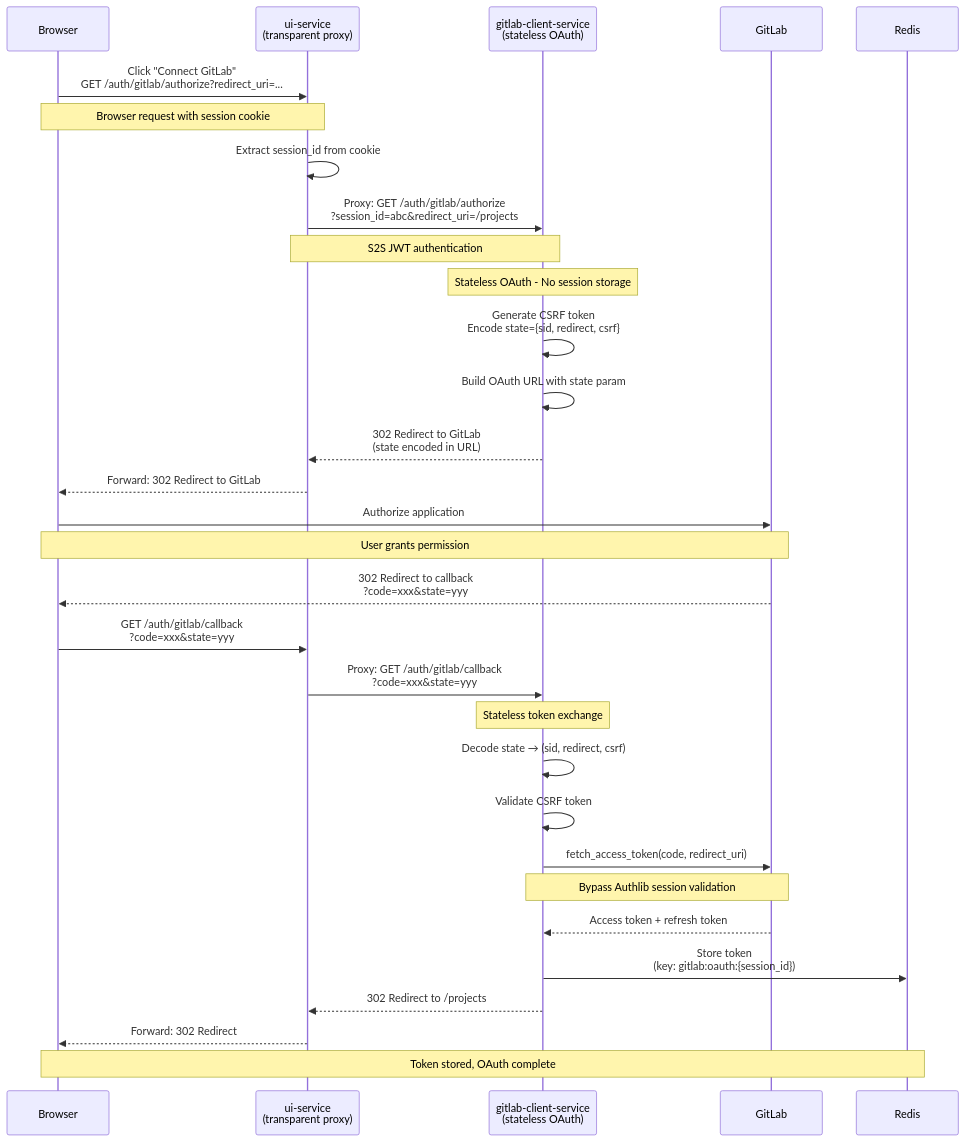
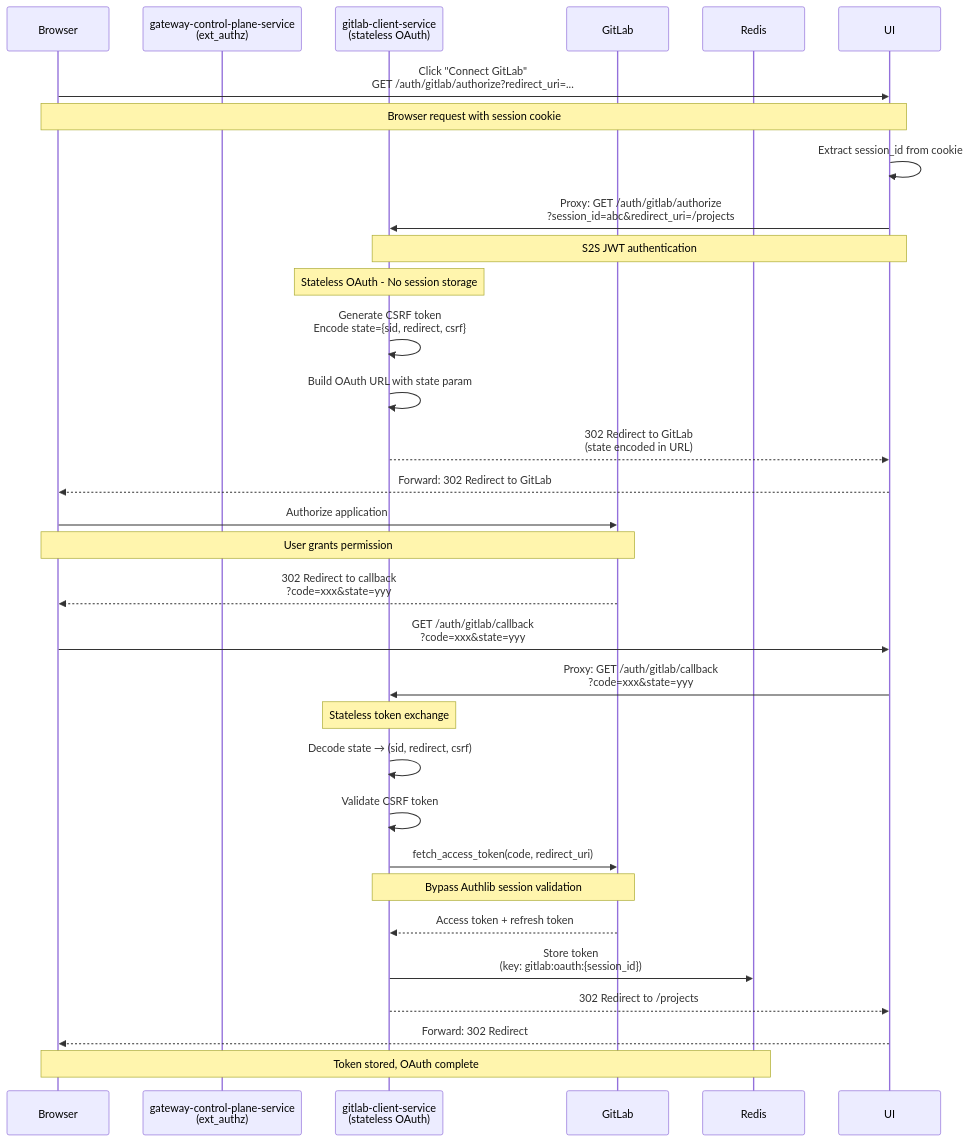
The second of 6 diagrams in git-epic-creator/services/gitlab_client_service/README.md (vladavilov/playground), drawn with Mermaid before and after one commit. The commit also changed other lines of this file and 189 other files, not shown here.

````diff
--- a/git-epic-creator/services/gitlab_client_service/README.md
+++ b/git-epic-creator/services/gitlab_client_service/README.md
@@ -240,41 +240,41 @@
 ```mermaid
 sequenceDiagram
     participant Browser
-    participant UI as ui-service<br/>(transparent proxy)
+    participant ControlPlane as gateway-control-plane-service<br/>(ext_authz)
     participant GCS as gitlab-client-service<br/>(stateless OAuth)
     participant GitLab
     participant Redis
 
     Browser->>UI: Click "Connect GitLab"<br/>GET /auth/gitlab/authorize?redirect_uri=...
     Note over Browser,UI: Browser request with session cookie
     
     UI->>UI: Extract session_id from cookie
     UI->>GCS: Proxy: GET /auth/gitlab/authorize<br/>?session_id=abc&redirect_uri=/projects
     Note over UI,GCS: S2S JWT authentication
     
     Note over GCS: Stateless OAuth - No session storage
     GCS->>GCS: Generate CSRF token<br/>Encode state={sid, redirect, csrf}
     GCS->>GCS: Build OAuth URL with state param
     GCS-->>UI: 302 Redirect to GitLab<br/>(state encoded in URL)
     UI-->>Browser: Forward: 302 Redirect to GitLab
     
     Browser->>GitLab: Authorize application
     Note over Browser,GitLab: User grants permission
     GitLab-->>Browser: 302 Redirect to callback<br/>?code=xxx&state=yyy
     
     Browser->>UI: GET /auth/gitlab/callback<br/>?code=xxx&state=yyy
     UI->>GCS: Proxy: GET /auth/gitlab/callback<br/>?code=xxx&state=yyy
     
     Note over GCS: Stateless token exchange
     GCS->>GCS: Decode state → (sid, redirect, csrf)
     GCS->>GCS: Validate CSRF token
     GCS->>GitLab: fetch_access_token(code, redirect_uri)
     Note over GCS,GitLab: Bypass Authlib session validation
     GitLab-->>GCS: Access token + refresh token
     
     GCS->>Redis: Store token<br/>(key: gitlab:oauth:{session_id})
     GCS-->>UI: 302 Redirect to /projects
     UI-->>Browser: Forward: 302 Redirect
     
     Note over Browser,Redis: Token stored, OAuth complete
 ```
````
